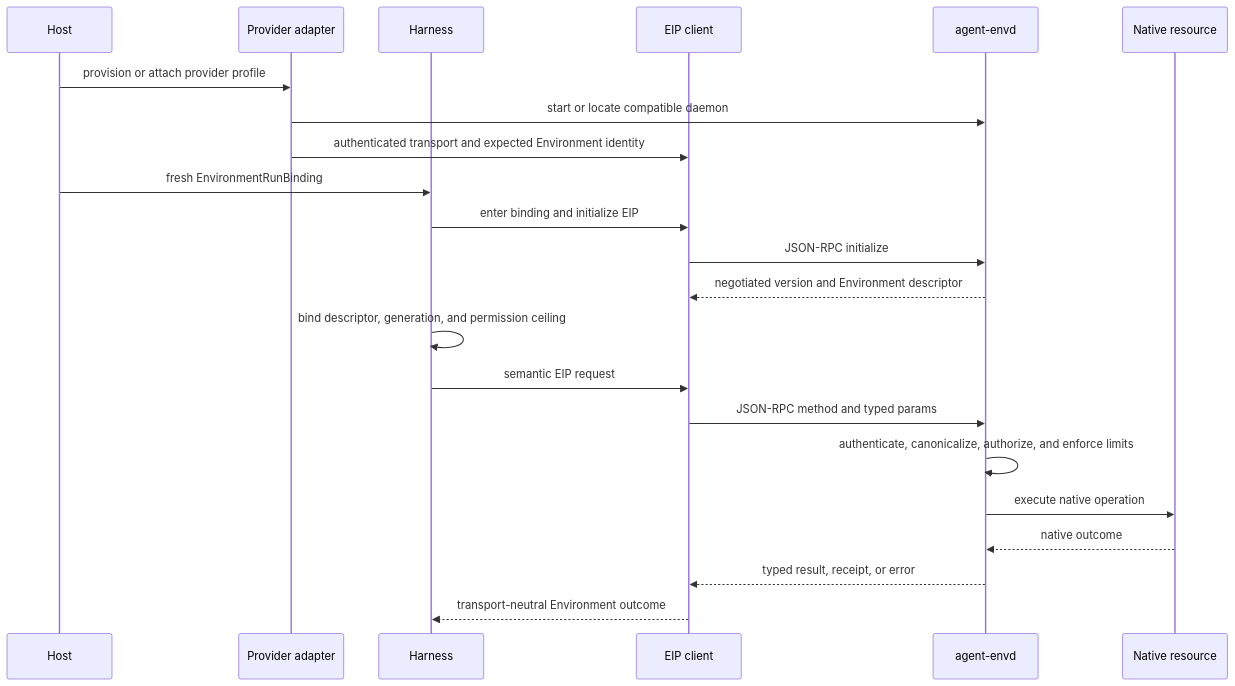
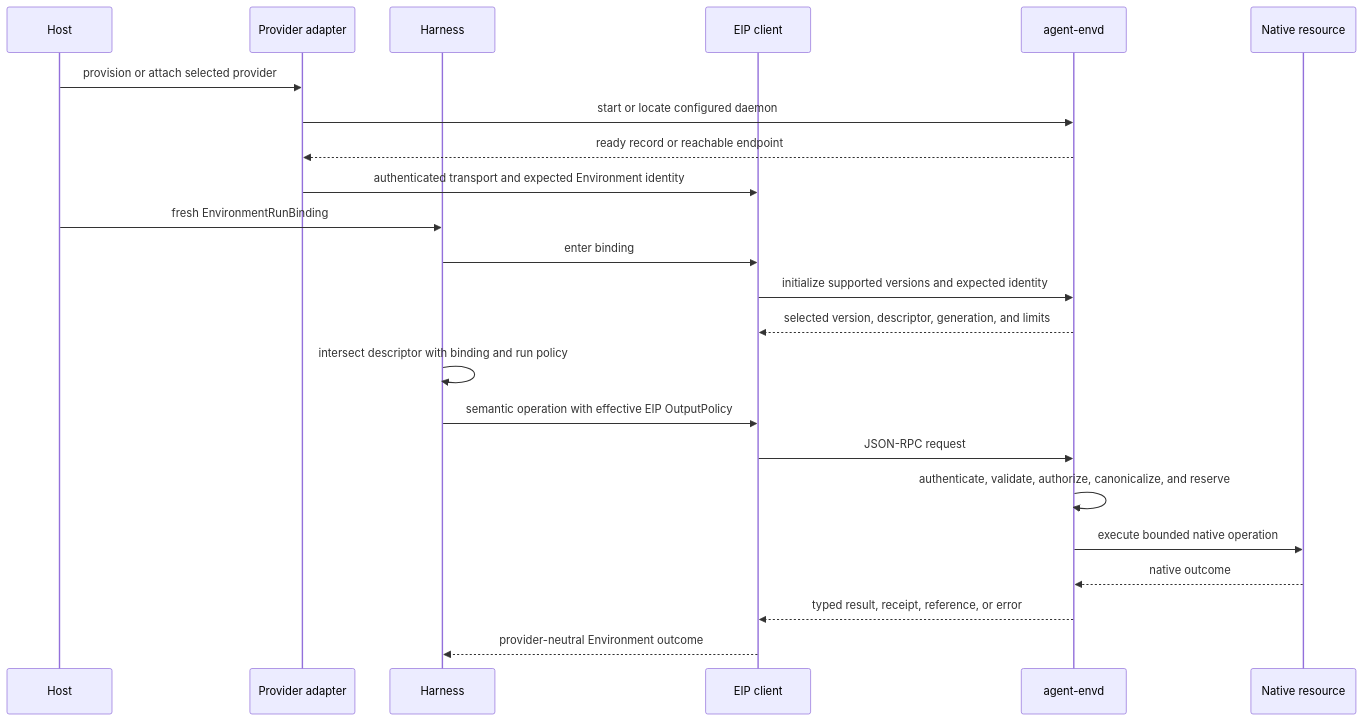
Before and after one commit to LTThreeComma/agent-foundation: the second of 2 diagrams in spec/agent-envd/00-overview.md, drawn with Mermaid. The commit also changed other lines of this file and 54 other files, not shown here.

````diff
--- a/spec/agent-envd/00-overview.md
+++ b/spec/agent-envd/00-overview.md
@@ -153,25 +125,26 @@
 ```mermaid
 sequenceDiagram
     participant Host
     participant Adapter as Provider adapter
     participant Harness
     participant Client as EIP client
     participant Envd as agent-envd
-    participant Resource as Native resource
+    participant Native as Native resource
 
-    Host->>Adapter: provision or attach provider profile
-    Adapter->>Envd: start or locate compatible daemon
+    Host->>Adapter: provision or attach selected provider
+    Adapter->>Envd: start or locate configured daemon
+    Envd-->>Adapter: ready record or reachable endpoint
     Adapter->>Client: authenticated transport and expected Environment identity
     Host->>Harness: fresh EnvironmentRunBinding
-    Harness->>Client: enter binding and initialize EIP
-    Client->>Envd: JSON-RPC initialize
-    Envd-->>Client: negotiated version and Environment descriptor
-    Harness->>Harness: bind descriptor, generation, and permission ceiling
-    Harness->>Client: semantic EIP request
-    Client->>Envd: JSON-RPC method and typed params
-    Envd->>Envd: authenticate, canonicalize, authorize, and enforce limits
-    Envd->>Resource: execute native operation
-    Resource-->>Envd: native outcome
-    Envd-->>Client: typed result, receipt, or error
-    Client-->>Harness: transport-neutral Environment outcome
+    Harness->>Client: enter binding
+    Client->>Envd: initialize supported versions and expected identity
+    Envd-->>Client: selected version, descriptor, generation, and limits
+    Harness->>Harness: intersect descriptor with binding and run policy
+    Harness->>Client: semantic operation with effective EIP OutputPolicy
+    Client->>Envd: JSON-RPC request
+    Envd->>Envd: authenticate, validate, authorize, canonicalize, and reserve
+    Envd->>Native: execute bounded native operation
+    Native-->>Envd: native outcome
+    Envd-->>Client: typed result, receipt, reference, or error
+    Client-->>Harness: provider-neutral Environment outcome
 ```
````
